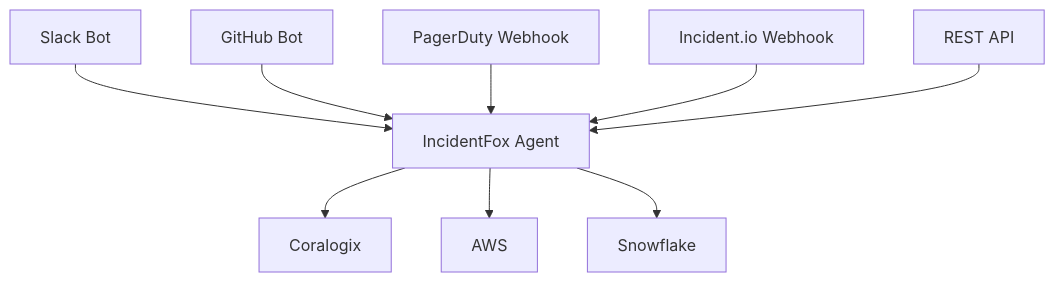
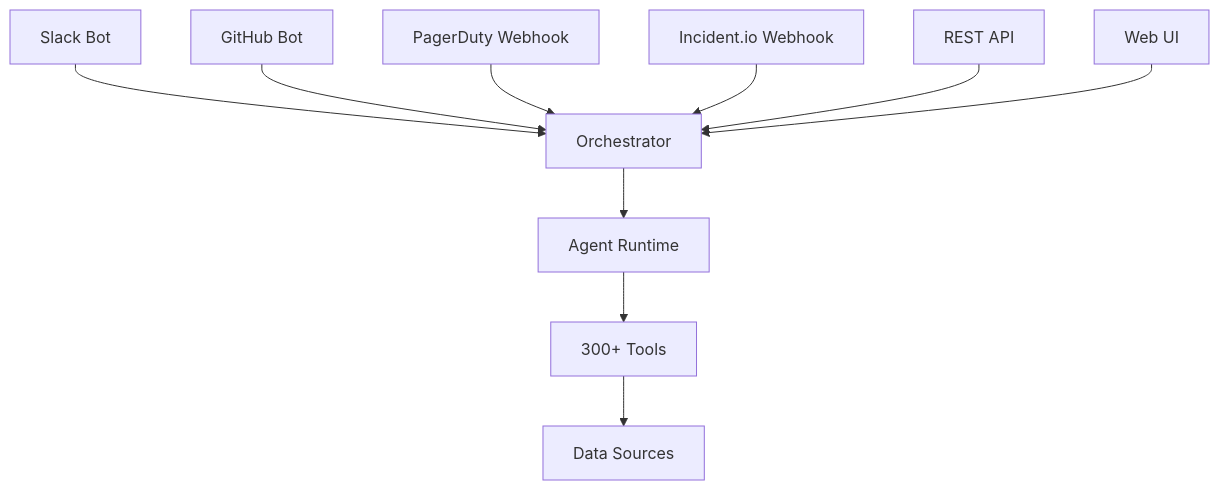
One commit to incidentfox/docs changed the diagram in integrations/overview.mdx. Above: the diagram before and after it, drawn with Mermaid. The commit also changed other lines of this file and 16 other files, not shown here.

Commit message:
docs: update for 300+ tools, dual-agent architecture, RAPTOR KB

````diff
--- a/integrations/overview.mdx
+++ b/integrations/overview.mdx
@@ -23,11 +43,12 @@
 ```mermaid
 graph TD
-    A[Slack Bot] --> F[IncidentFox Agent]
-    B[GitHub Bot] --> F
-    C[PagerDuty Webhook] --> F
-    D[Incident.io Webhook] --> F
-    E[REST API] --> F
-    F --> G[Coralogix]
-    F --> H[AWS]
-    F --> I[Snowflake]
+    A[Slack Bot] --> G[Orchestrator]
+    B[GitHub Bot] --> G
+    C[PagerDuty Webhook] --> G
+    D[Incident.io Webhook] --> G
+    E[REST API] --> G
+    F[Web UI] --> G
+    G --> H[Agent Runtime]
+    H --> I[300+ Tools]
+    I --> J[Data Sources]
 ```
````
